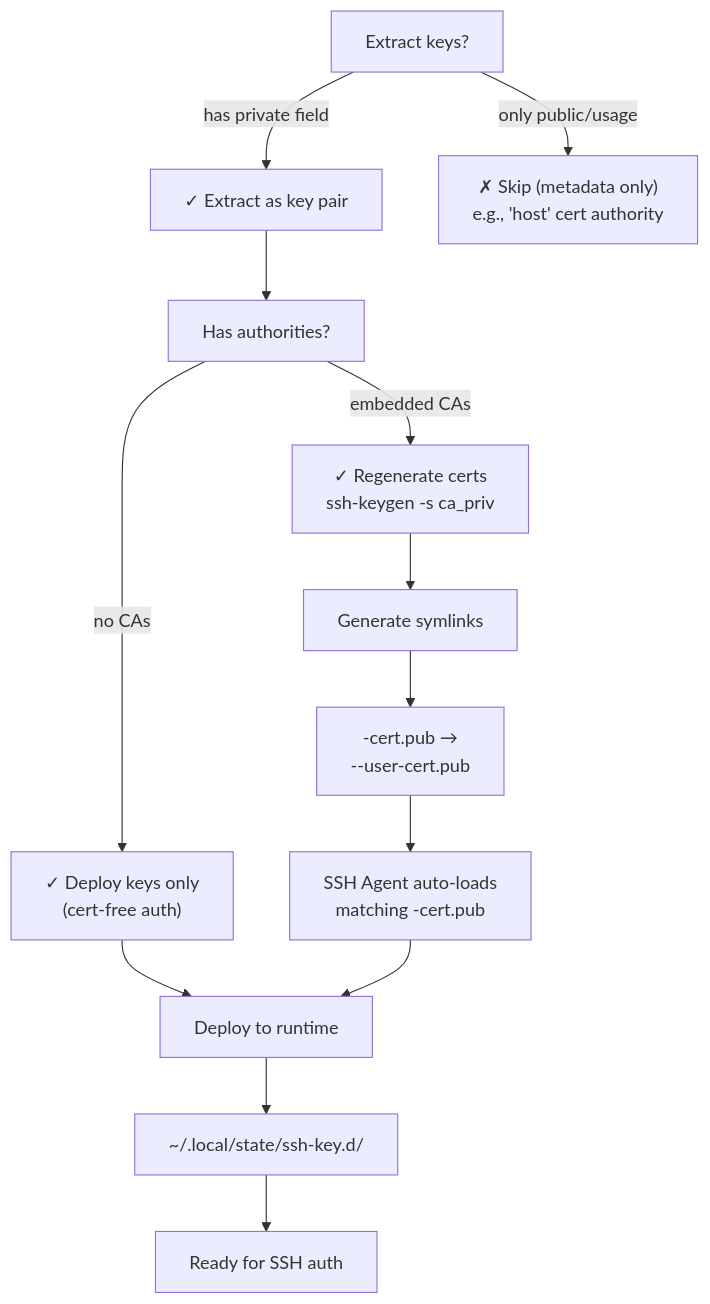
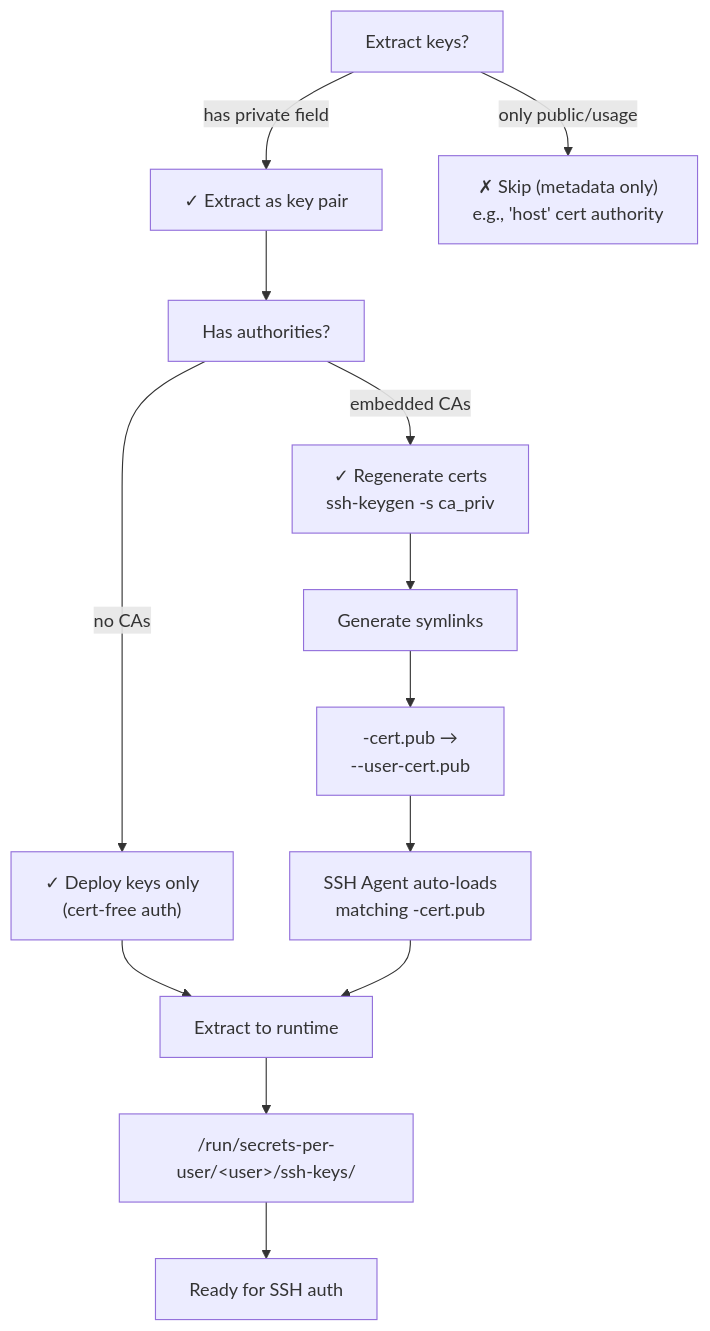
Before and after one commit to seedmatic/ndh: the fifth of 7 diagrams in docs/ssh-keys-diagrams.adoc, drawn with Mermaid. The commit also changed other lines of this file and 23 other files, not shown here.

Commit message:
chore(ssh): better keys distribution from nix

```diff
--- a/docs/ssh-keys-diagrams.adoc
+++ b/docs/ssh-keys-diagrams.adoc
@@ -164,19 +164,19 @@
 [mermaid]
 ----
 graph TD
     A["Extract keys?"] -->|has private field| B["✓ Extract as key pair"]
     A -->|only public/usage| C["✗ Skip (metadata only)<br/>e.g., 'host' cert authority"]
     
     B --> D["Has authorities?"]
     D -->|embedded CAs| E["✓ Regenerate certs<br/>ssh-keygen -s ca_priv"]
     D -->|no CAs| F["✓ Deploy keys only<br/>(cert-free auth)"]
     
     E --> G["Generate symlinks"]
     G --> H["<key>-cert.pub →<br/><key>-<ca>-user-cert.pub"]
     H --> I["SSH Agent auto-loads<br/>matching <key>-cert.pub"]
     
-    F --> J["Deploy to runtime"]
+    F --> J["Extract to runtime"]
     I --> J
-    J --> K["~/.local/state/ssh-key.d/"]
+    J --> K["/run/secrets-per-user/&lt;user&gt;/ssh-keys/"]
     K --> L["Ready for SSH auth"]
 ----
```
